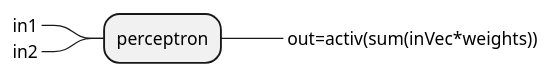
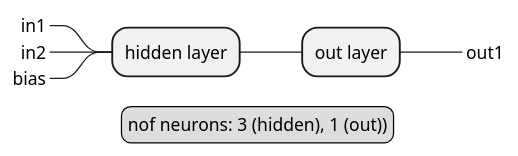
Before and after one commit to JonasHellgren/MachineLearning: the diagram in src/main/java/udemycourse/nn2refined/twolayernetwork/plantuml/networklayout.puml, drawn with PlantUML. The commit also changed 5 other files, not shown here.

```diff
--- a/src/main/java/udemycourse/nn2refined/twolayernetwork/plantuml/networklayout.puml
+++ b/src/main/java/udemycourse/nn2refined/twolayernetwork/plantuml/networklayout.puml
@@ -1,7 +1,23 @@
 @startmindmap
-+  perceptron
-++_ out=activ(sum(inVec*weights))
---_ in1
---_ in2
+'+  N31
+'--  N11
+'--  N21
+'--  N31
+
+* hidden layer
+** out layer
+***_ out1
+
+left side
+
+**_ in1
+**_ in2
+**_ bias
+
+
+legend
+nof neurons: 3 (hidden), 1 (out))
+endlegend
+
 
 @endmindmap
```
